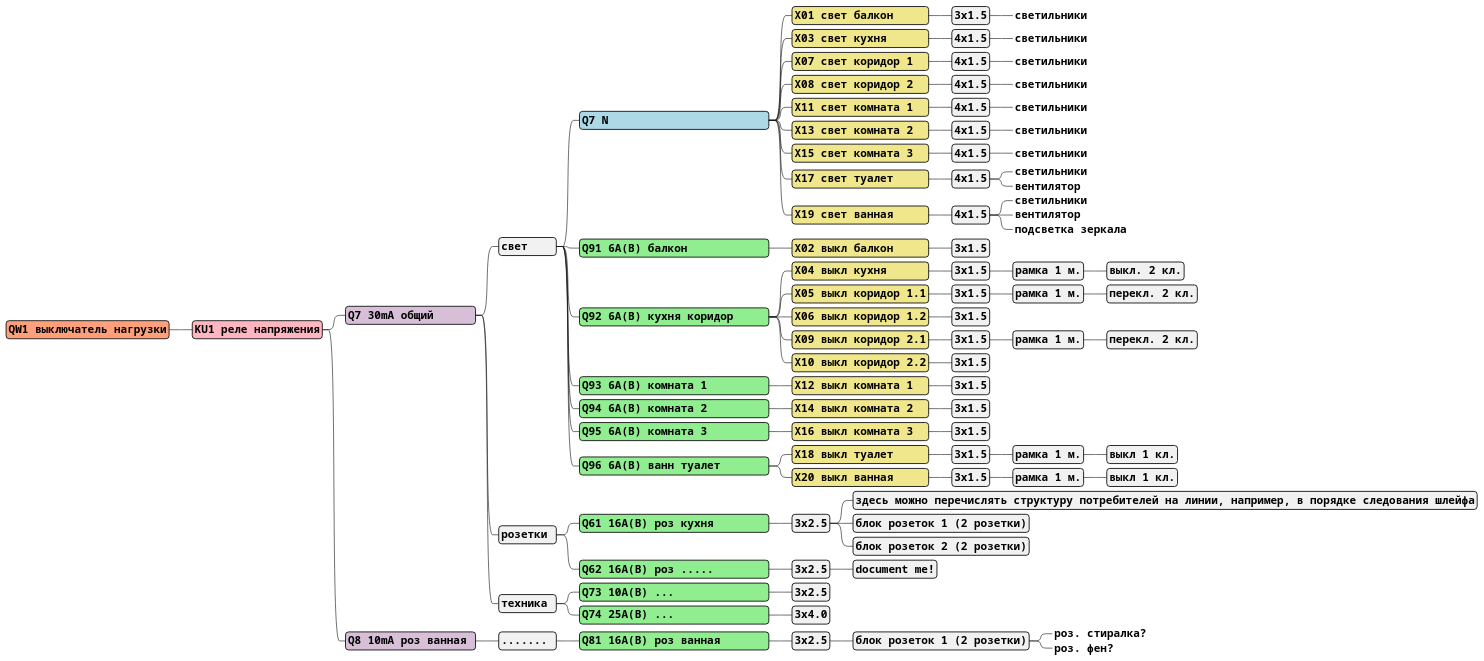
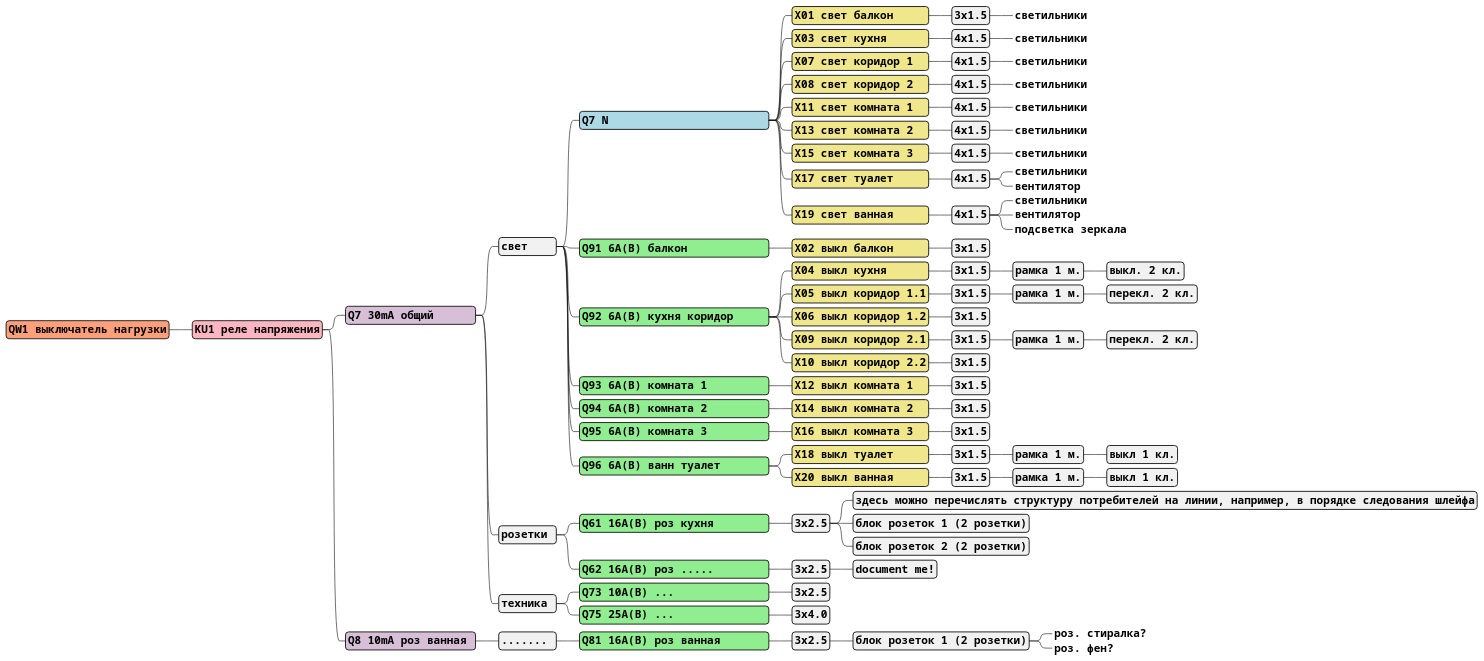
Before and after one commit to semicontinuity/reno: the diagram in electricity/wiring.puml, drawn with PlantUML. The commit also changed 1 other file, not shown here.

```diff
--- a/electricity/wiring.puml
+++ b/electricity/wiring.puml
@@ -1,182 +1,182 @@
 @startmindmap
 
 <style>
 legend {
   BackgroundColor #FFEFE0
 }
 node {
   FontStyle Bold
   FontSize 18
   FontName Courier
   Padding 4
   Margin 4
   RoundCorner 10
 }
 
 'Neutral
 .N {
   BackgroundColor #lightblue
 }
 
 'Switch disconnector
 .SD {
   BackgroundColor #lightsalmon
 }
 'Voltage relay
 .VR {
   BackgroundColor #LightPink
 }
 'Installation contactors
 .IC {
   BackgroundColor #NavajoWhite
 }
 'Latching relays
 .LR {
   BackgroundColor #NavajoWhite
 }
 .RCCB {
   BackgroundColor #thistle
 }
 .CB {
   BackgroundColor lightgreen
 }
 'Terminal
 .T {
   BackgroundColor #lightyellow
 }
 'Terminal
 .T1 {
   BackgroundColor #khaki
 }
 .T_IN {
   BackgroundColor #Wheat
 }
 'Wall outlet block
 .W {
   BackgroundColor #gainsboro
 }
 'Wall outlet
 .W {
   BackgroundColor #white
 }
 'Light group
 .L {
 }
 'Consumer
 .C {
   BackgroundColor #lightgray
 }
 .PLCIN {
   BackgroundColor #white
 }
 </style>
 
 * QW1 выключатель нагрузки<<SD>>
   * KU1 реле напряжения<<VR>>
 
     * Q7 30mA общий      <<RCCB>>
       * свет    <<>>
         * Q7 N                        <<N>>
           * X01 свет балкон     <<T1>>
             * 3x1.5
               *_ светильники            <<L>>
           * X03 свет кухня      <<T1>>
             * 4x1.5
               *_ светильники            <<L>>
           * X07 свет коридор 1  <<T1>>
             * 4x1.5
               *_ светильники            <<L>>
           * X08 свет коридор 2  <<T1>>
             * 4x1.5
               *_ светильники            <<L>>
           * X11 свет комната 1  <<T1>>
             * 4x1.5
               *_ светильники            <<L>>
           * X13 свет комната 2  <<T1>>
             * 4x1.5
               *_ светильники            <<W>>
           * X15 свет комната 3  <<T1>>
             * 4x1.5
               *_ светильники            <<L>>
           * X17 свет туалет     <<T1>>
             * 4x1.5
               *_ светильники            <<L>>
               *_ вентилятор             <<L>>
           * X19 свет ванная     <<T1>>
             * 4x1.5
               *_ светильники            <<L>>
               *_ вентилятор             <<L>>
               *_ подсветка зеркала      <<L>>
 
         * Q91 6A(B) балкон            <<CB>>
           * X02 выкл балкон     <<T1>>
             * 3x1.5
 
         * Q92 6A(B) кухня коридор     <<CB>>
           * X04 выкл кухня      <<T1>>
             * 3x1.5
               * рамка 1 м.
                 * выкл. 2 кл.
           * X05 выкл коридор 1.1<<T1>>
             * 3x1.5
               * рамка 1 м.
                 * перекл. 2 кл.
           * X06 выкл коридор 1.2<<T1>>
             * 3x1.5
           * X09 выкл коридор 2.1<<T1>>
             * 3x1.5
               * рамка 1 м.
                 * перекл. 2 кл.
           * X10 выкл коридор 2.2<<T1>>
             * 3x1.5
 
         * Q93 6A(B) комната 1         <<CB>>
           * X12 выкл комната 1  <<T1>>
             * 3x1.5
 
         * Q94 6A(B) комната 2         <<CB>>
           * X14 выкл комната 2  <<T1>>
             * 3x1.5
 
         * Q95 6A(B) комната 3         <<CB>>
           * X16 выкл комната 3  <<T1>>
             * 3x1.5
 
         * Q96 6A(B) ванн туалет       <<CB>>
           * X18 выкл туалет     <<T1>>
             * 3x1.5
               * рамка 1 м.
                 * выкл 1 кл.
           * X20 выкл ванная     <<T1>>
             * 3x1.5
               * рамка 1 м.
                 * выкл 1 кл.
 
       * розетки <<>>
 
         * Q61 16A(B) роз кухня        <<CB>>
           * 3x2.5
             * здесь можно перечислять структуру потребителей на линии, например, в порядке следования шлейфа
             * блок розеток 1 (2 розетки)<<WB>>
             * блок розеток 2 (2 розетки)<<WB>>
 
         * Q62 16A(B) роз .....        <<CB>>
           * 3x2.5
             * document me!
 
       * техника <<>>
 
         * Q73 10A(B) ...              <<CB>>
           * 3x2.5
-        * Q74 25A(B) ...              <<CB>>
+        * Q75 25A(B) ...              <<CB>>
           * 3x4.0
 
     * Q8 10mA роз ванная <<RCCB>>
       * ....... <<>>
         * Q81 16A(B) роз ванная       <<CB>>
           * 3x2.5
             * блок розеток 1 (2 розетки)<<WB>>
               *_ роз. стиралка?
               *_ роз. фен?
 
 @endmindmap
```
